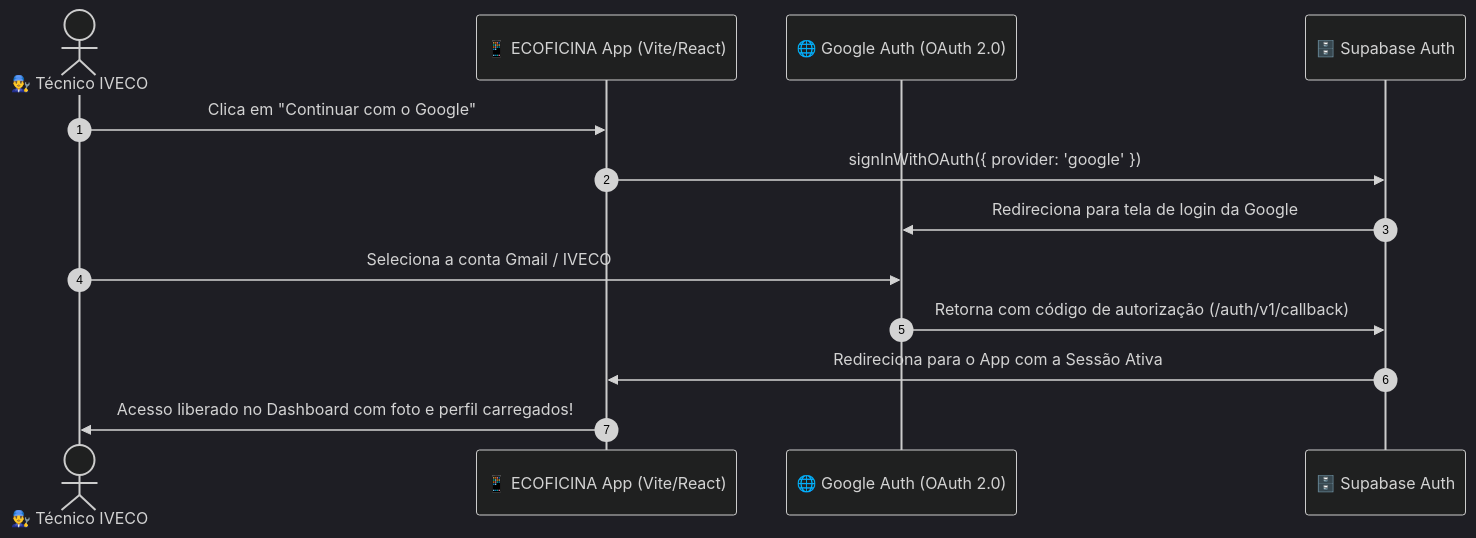
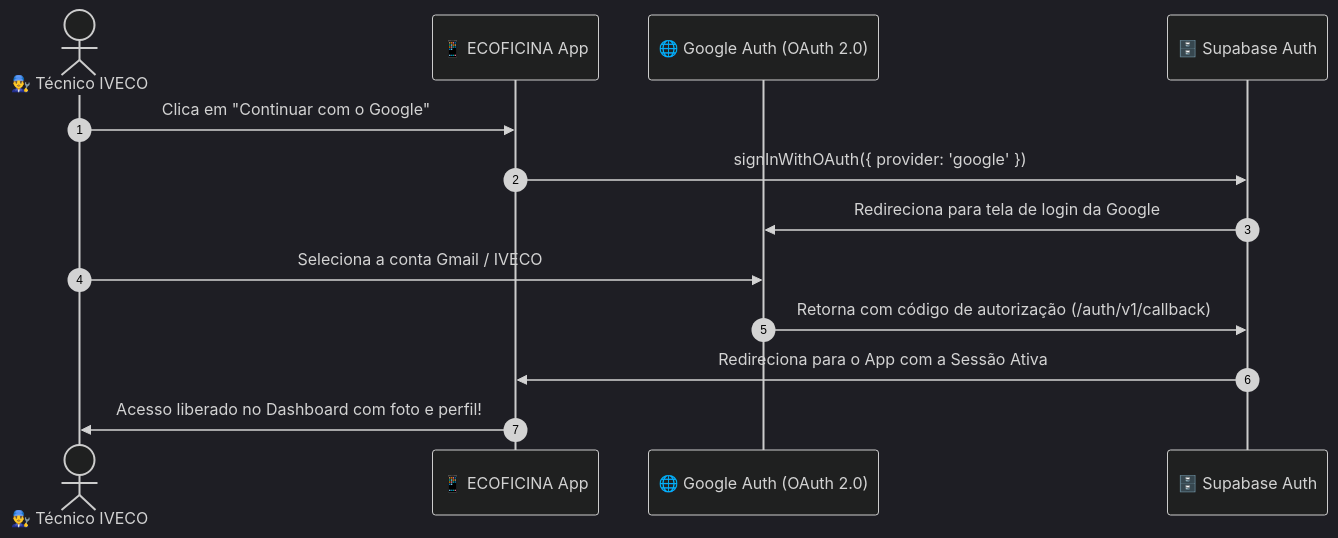
Before and after one commit to adrianomazettosenai/app_iveco: the diagram in login.md, drawn with Mermaid (dark theme). The commit also changed other lines of this file, not shown here.

Commit message:
feat: login com google integrado ao supabase e guia login.md

````diff
--- a/login.md
+++ b/login.md
@@ -22,16 +18,16 @@
 ```mermaid
 sequenceDiagram
     autonumber
     actor Tecnico as 👨‍🔧 Técnico IVECO
-    participant App as 📱 ECOFICINA App (Vite/React)
+    participant App as 📱 ECOFICINA App
     participant Google as 🌐 Google Auth (OAuth 2.0)
     participant Supabase as 🗄️ Supabase Auth
 
     Tecnico->>App: Clica em "Continuar com o Google"
     App->>Supabase: signInWithOAuth({ provider: 'google' })
     Supabase->>Google: Redireciona para tela de login da Google
     Tecnico->>Google: Seleciona a conta Gmail / IVECO
     Google->>Supabase: Retorna com código de autorização (/auth/v1/callback)
     Supabase->>App: Redireciona para o App com a Sessão Ativa
-    App->>Tecnico: Acesso liberado no Dashboard com foto e perfil carregados!
+    App->>Tecnico: Acesso liberado no Dashboard com foto e perfil!
 ```
````
